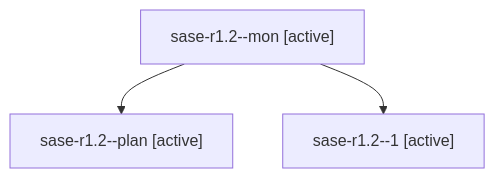
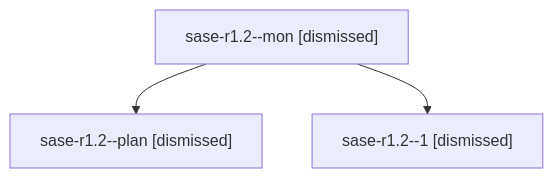
Before and after one commit to sase-org/sase--agents: the diagram in sessions/bbugyi200.athena.sase-r1.2.md, drawn with Mermaid. The commit also changed other lines of this file and 150 other files, not shown here.

````diff
--- a/sessions/bbugyi200.athena.sase-r1.2.md
+++ b/sessions/bbugyi200.athena.sase-r1.2.md
@@ -9,8 +9,8 @@
 ```mermaid
 flowchart TD
-  n0["sase-r1.2--mon [active]"]
-  n1["sase-r1.2--plan [active]"]
+  n0["sase-r1.2--mon [dismissed]"]
+  n1["sase-r1.2--plan [dismissed]"]
   n0 --> n1
-  n2["sase-r1.2--1 [active]"]
+  n2["sase-r1.2--1 [dismissed]"]
   n0 --> n2
 ```
````
